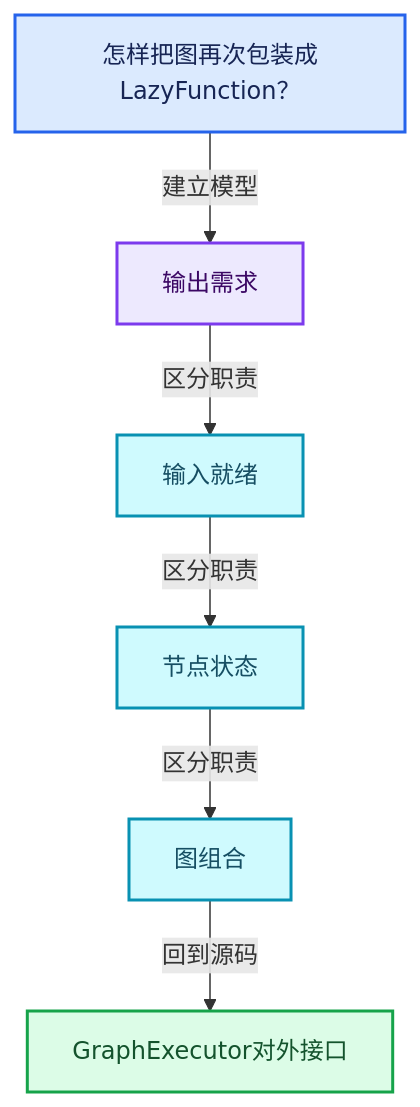
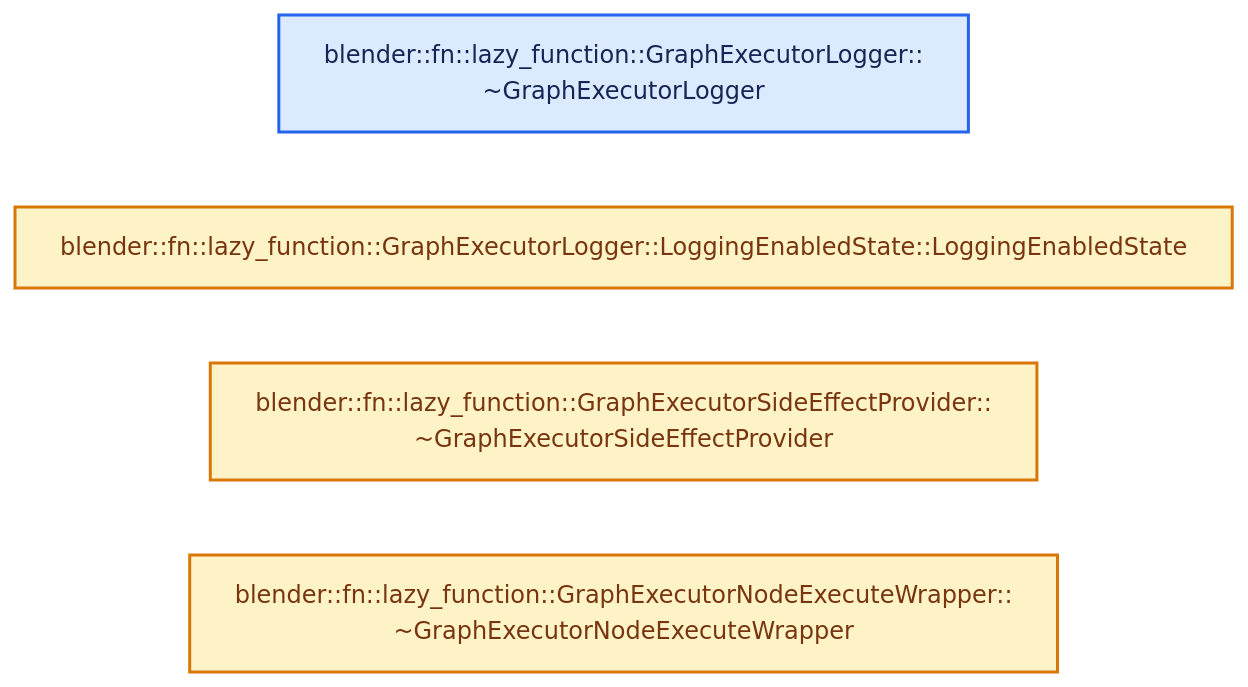
Before and after one commit to yunkezengren/blender-.vscode: the second of 4 diagrams in 杂/markdown/全面学习-codex/09-LazyFunction与节点执行架构/06-GraphExecutor对外接口.md, drawn with Mermaid. The commit also changed other lines of this file and 1930 other files, not shown here.

````diff
--- a/杂/markdown/全面学习-codex/09-LazyFunction与节点执行架构/06-GraphExecutor对外接口.md
+++ b/杂/markdown/全面学习-codex/09-LazyFunction与节点执行架构/06-GraphExecutor对外接口.md
@@ -61,20 +46,13 @@
 ```mermaid
-flowchart TB
-  Q["怎样把图再次包装成LazyFunction？"]:::input
-  C0["输出需求"]:::abstraction
-  C1["输入就绪"]:::data
-  C2["节点状态"]:::data
-  C3["图组合"]:::data
-  R["GraphExecutor对外接口"]:::result
-  Q -->|"建立模型"| C0
-  C0 -->|"区分职责"| C1
-  C1 -->|"区分职责"| C2
-  C2 -->|"区分职责"| C3
-  C3 -->|"回到源码"| R
+flowchart LR
+  F0["blender::fn::lazy_function::GraphExecutorLogger::<br/>~GraphExecutorLogger"]:::input
+  F1["blender::fn::lazy_function::GraphExecutorLogger::LoggingEnabledState::LoggingEnabledState"]:::compute
+  F2["blender::fn::lazy_function::GraphExecutorSideEffectProvider::<br/>~GraphExecutorSideEffectProvider"]:::compute
+  F3["blender::fn::lazy_function::GraphExecutorNodeExecuteWrapper::<br/>~GraphExecutorNodeExecuteWrapper"]:::compute
   classDef input fill:#DBEAFE,stroke:#2563EB,color:#172554,stroke-width:2px;
   classDef data fill:#CFFAFE,stroke:#0891B2,color:#164E63,stroke-width:2px;
   classDef abstraction fill:#EDE9FE,stroke:#7C3AED,color:#3B0764,stroke-width:2px;
   classDef compute fill:#FEF3C7,stroke:#D97706,color:#78350F,stroke-width:2px;
   classDef result fill:#DCFCE7,stroke:#16A34A,color:#14532D,stroke-width:2px;
   classDef error fill:#FEE2E2,stroke:#DC2626,color:#7F1D1D,stroke-width:2px;
 ```
````
